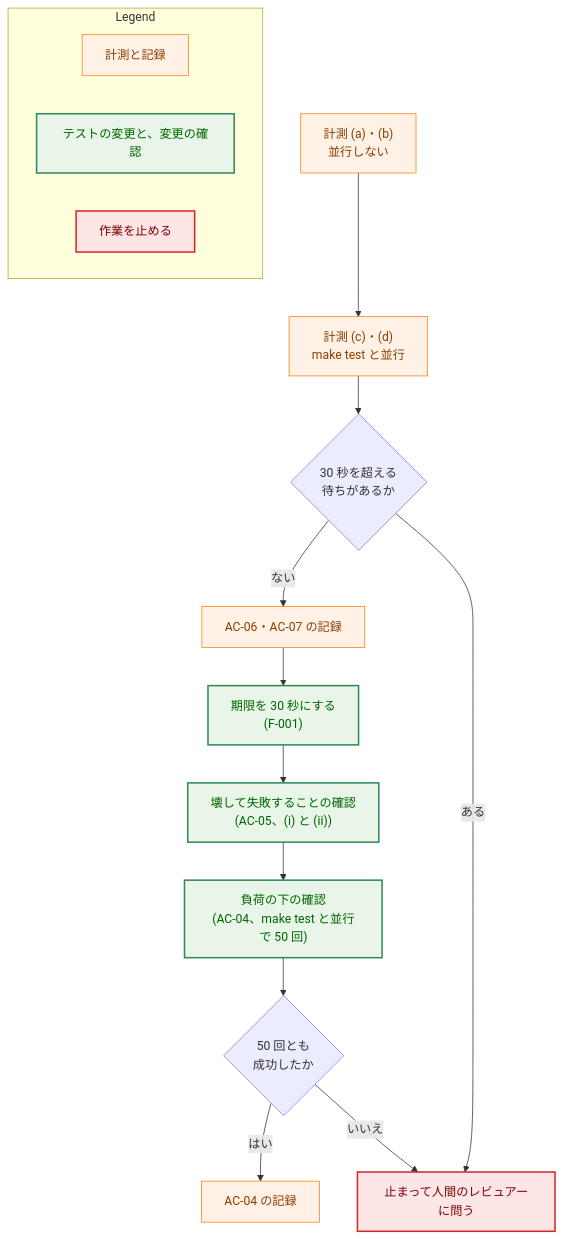
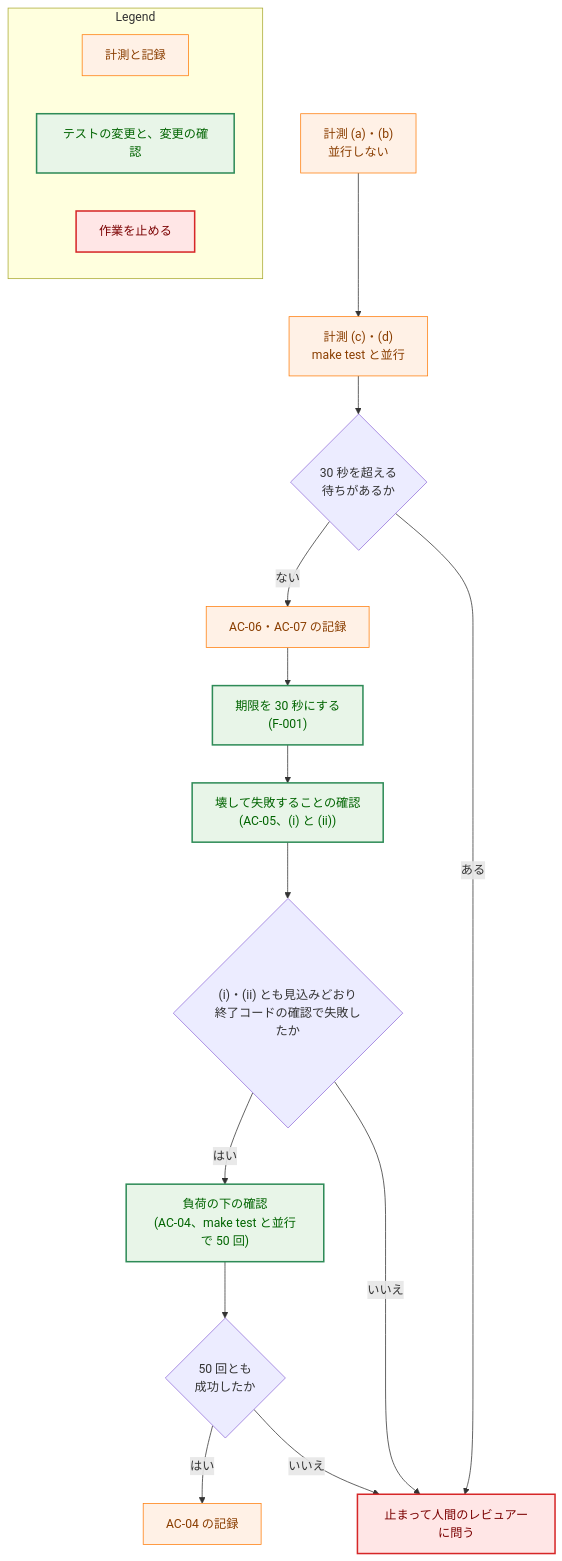
Before and after one commit to isseis/yt2column: the fourth of 5 diagrams in docs/tasks/0064_stderr_drain_test_deadline/02_architecture.md, drawn with Mermaid. The commit also changed other lines of this file, not shown here.

First line of the commit message:
docs(0064): address review findings in the architecture

````diff
--- a/docs/tasks/0064_stderr_drain_test_deadline/02_architecture.md
+++ b/docs/tasks/0064_stderr_drain_test_deadline/02_architecture.md
@@ -284,37 +299,41 @@
 ```mermaid
 flowchart TD
     classDef process fill:#fff1e6,stroke:#ff7f0e,stroke-width:1px,color:#8a3e00;
     classDef enhanced fill:#e8f5e8,stroke:#2e8b57,stroke-width:2px,color:#006400;
     classDef problem fill:#ffe6e6,stroke:#d62728,stroke-width:2px,color:#7b0000;
 
     M1["計測 (a)・(b)<br>並行しない"]
     M2["計測 (c)・(d)<br>make test と並行"]
     CHK1{"30 秒を超える<br>待ちがあるか"}
     REC1["AC-06・AC-07 の記録"]
     FIX["期限を 30 秒にする<br>(F-001)"]
     BRK["壊して失敗することの確認<br>(AC-05、(i) と (ii))"]
     LOAD["負荷の下の確認<br>(AC-04、make test と並行で 50 回)"]
+    CHK3{"(i)・(ii) とも見込みどおり<br>終了コードの確認で失敗したか"}
     CHK2{"50 回とも<br>成功したか"}
     REC2["AC-04 の記録"]
     STOP["止まって人間のレビュアーに問う"]
 
     M1 --> M2 --> CHK1
     CHK1 -->|"ない"| REC1
     CHK1 -->|"ある"| STOP
-    REC1 --> FIX --> BRK --> LOAD --> CHK2
+    REC1 --> FIX --> BRK --> CHK3
+    CHK3 -->|"はい"| LOAD
+    CHK3 -->|"いいえ"| STOP
+    LOAD --> CHK2
     CHK2 -->|"はい"| REC2
     CHK2 -->|"いいえ"| STOP
 
     class M1,M2,REC1,REC2 process
     class FIX,BRK,LOAD enhanced
     class STOP problem
 
     subgraph Legend["Legend"]
         L1["計測と記録"]
         L2["テストの変更と、変更の確認"]
         L3["作業を止める"]
     end
     class L1 process
     class L2 enhanced
     class L3 problem
 ```
````
